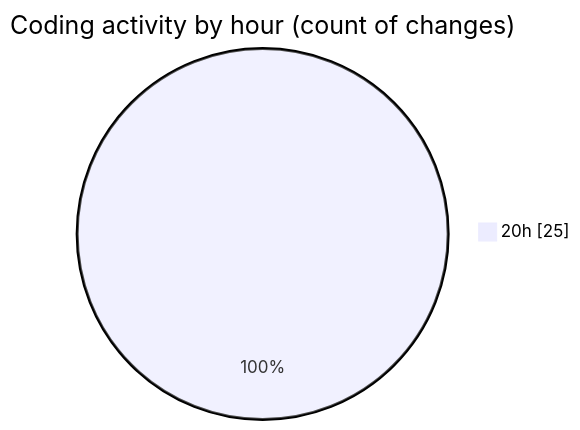
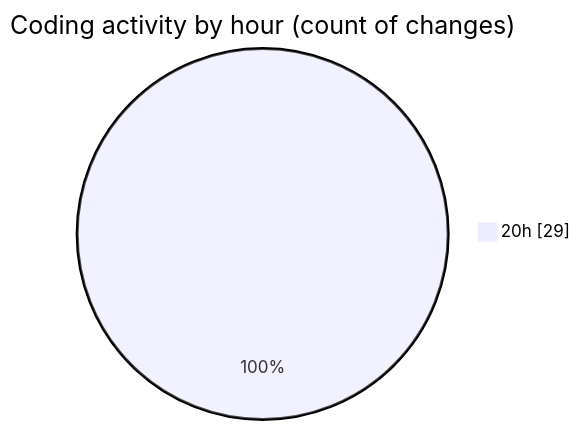
The second of 2 diagrams in 2025-10-29/skintrack/README.md (Netris89/code-tracking), drawn with Mermaid before and after one commit. The commit also changed other lines of this file and 1 other file, not shown here.

````diff
--- a/2025-10-29/skintrack/README.md
+++ b/2025-10-29/skintrack/README.md
@@ -35,5 +35,5 @@
 ```mermaid
 pie showData
 title Coding activity by hour (count of changes)
-"20h" : 25
+"20h" : 29
 ```
````
